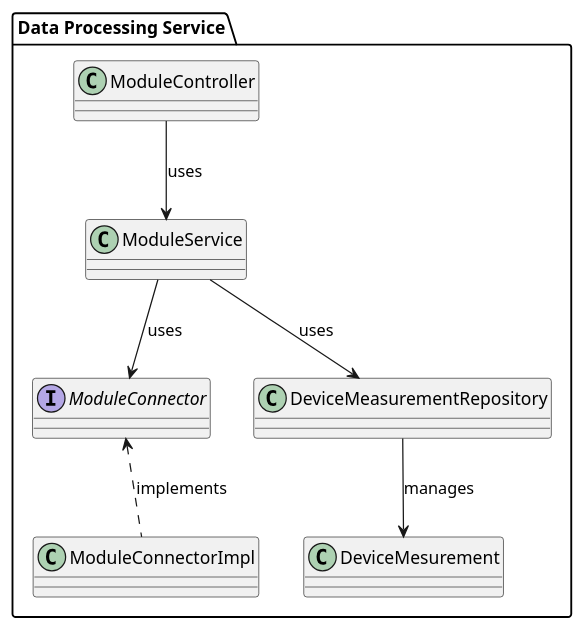
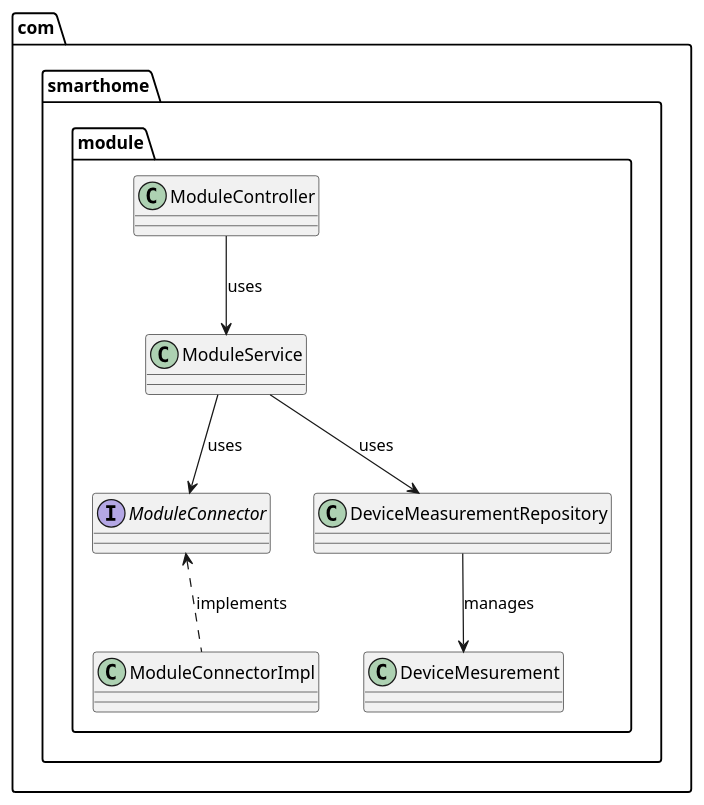
One commit to Madm1key/architecture-warmhouse changed the diagram in diagram/code/SmartHome_DataProcessingService.puml. Above: the diagram before and after it, drawn with PlantUML. The commit also changed 2 other files, not shown here.

Commit message:
doc: обновлены диаграммы для сервисов обработки данных, устройств и пользователей с учетом новой структуры пакетов

```diff
--- a/diagram/code/SmartHome_DataProcessingService.puml
+++ b/diagram/code/SmartHome_DataProcessingService.puml
@@ -1,11 +1,11 @@
 @startuml
-package "Data Processing Service" {
+package com.smarthome.module {
   interface "ModuleConnector" as MC
   class "ModuleConnectorImpl" as MCI
   MCI .up.> MC : implements
   ModuleService --> MC : uses
   ModuleController --> ModuleService : uses
   ModuleService --> DeviceMeasurementRepository : uses
   DeviceMeasurementRepository --> DeviceMesurement : manages
 }
 @enduml
```
